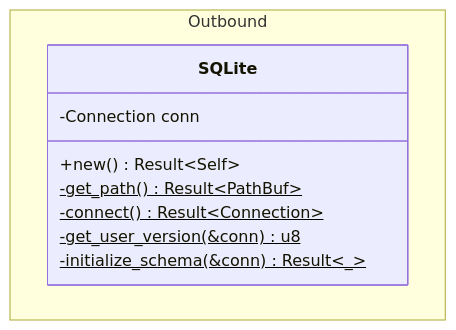
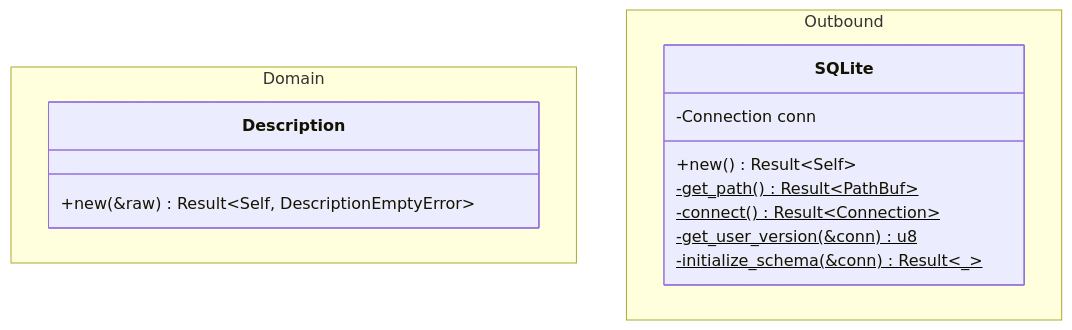
The diagram in docs/class.md (rvnkcode/dawn), drawn with Mermaid before and after one commit.

Commit message:
docs: updated class diagram - `Description`

````diff
--- a/docs/class.md
+++ b/docs/class.md
@@ -5,13 +5,18 @@
 ```mermaid
 classDiagram
+  namespace Domain {
+    class Description {
+      +new(&raw) Result~Self, DescriptionEmptyError~
+    }
+  }
   namespace Outbound {
     class SQLite {
       -Connection conn
       +new() Result~Self~
       -get_path()$ Result~PathBuf~
       -connect()$ Result~Connection~
       -get_user_version(&conn)$ u8
       -initialize_schema(&conn)$ Result~_~
     }
   }
 ```
````
